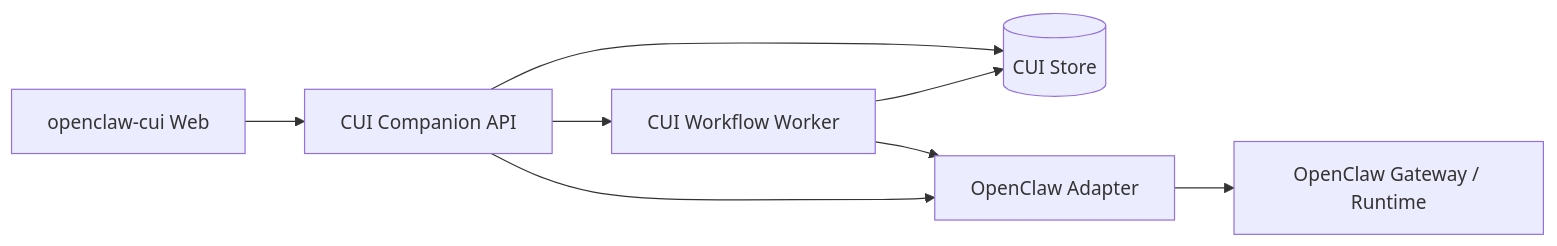
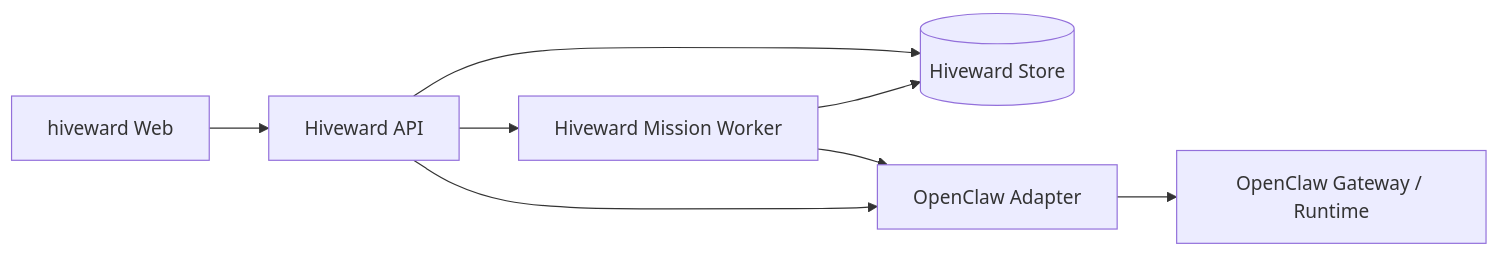
Before and after one commit to aaa2828338/HiveWard: the diagram in docs/ARCHITECTURE.md, drawn with Mermaid. The commit also changed other lines of this file and 50 other files, not shown here.

````diff
--- a/docs/ARCHITECTURE.md
+++ b/docs/ARCHITECTURE.md
@@ -17,17 +17,17 @@
 ```mermaid
 graph LR
-  Web[openclaw-cui Web]
-  API[CUI Companion API]
-  DB[(CUI Store)]
-  Worker[CUI Workflow Worker]
+  Web[hiveward Web]
+  API[Hiveward API]
+  DB[(Hiveward Store)]
+  Worker[Hiveward Mission Worker]
   Adapter[OpenClaw Adapter]
   OC[OpenClaw Gateway / Runtime]
 
   Web --> API
   API --> DB
   API --> Worker
   Worker --> DB
   Worker --> Adapter
   API --> Adapter
   Adapter --> OC
 ```
````
